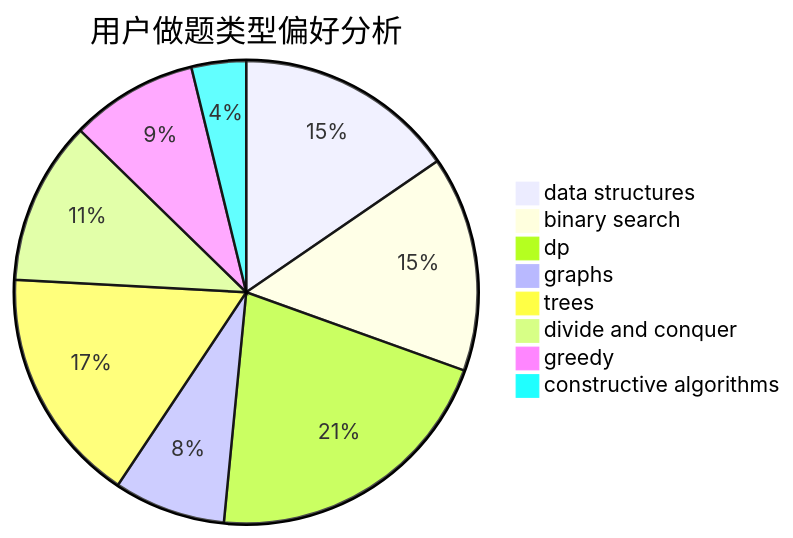
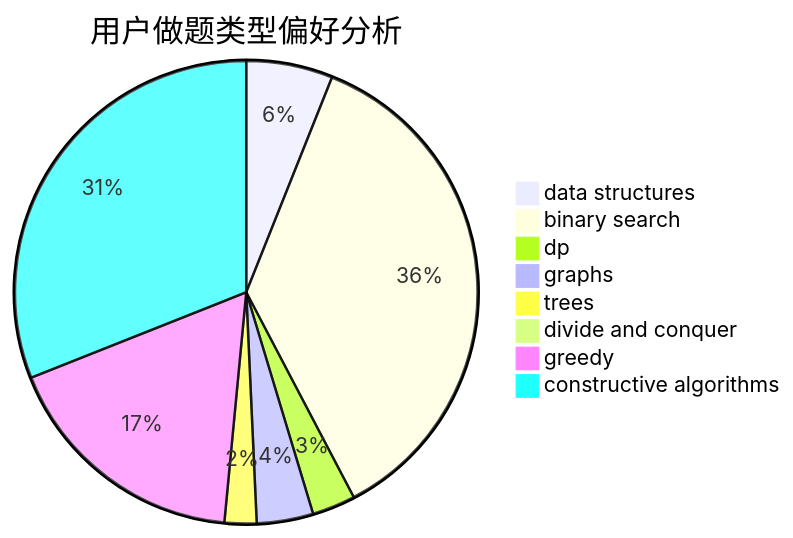
The second of 3 diagrams in docs/user/u424.md (sherpahu/cfrs.github.io), drawn with Mermaid before and after one commit. The commit also changed other lines of this file and 2770 other files, not shown here.

````diff
--- a/docs/user/u424.md
+++ b/docs/user/u424.md
@@ -23,11 +23,11 @@
 ```mermaid
 pie title 用户做题类型偏好分析
-    "data structures" :  85
-    "binary search" :  83
-    "dp" :  116
-    "graphs" :  43
-    "trees" :  91
-    "divide and conquer" :  63
-    "greedy" :  49
-    "constructive algorithms" :  21
+    "data structures" :  46
+    "binary search" :  276
+    "dp" :  23
+    "graphs" :  30
+    "trees" :  17
+    "divide and conquer" :  0
+    "greedy" :  133
+    "constructive algorithms" :  236
 ```
````
